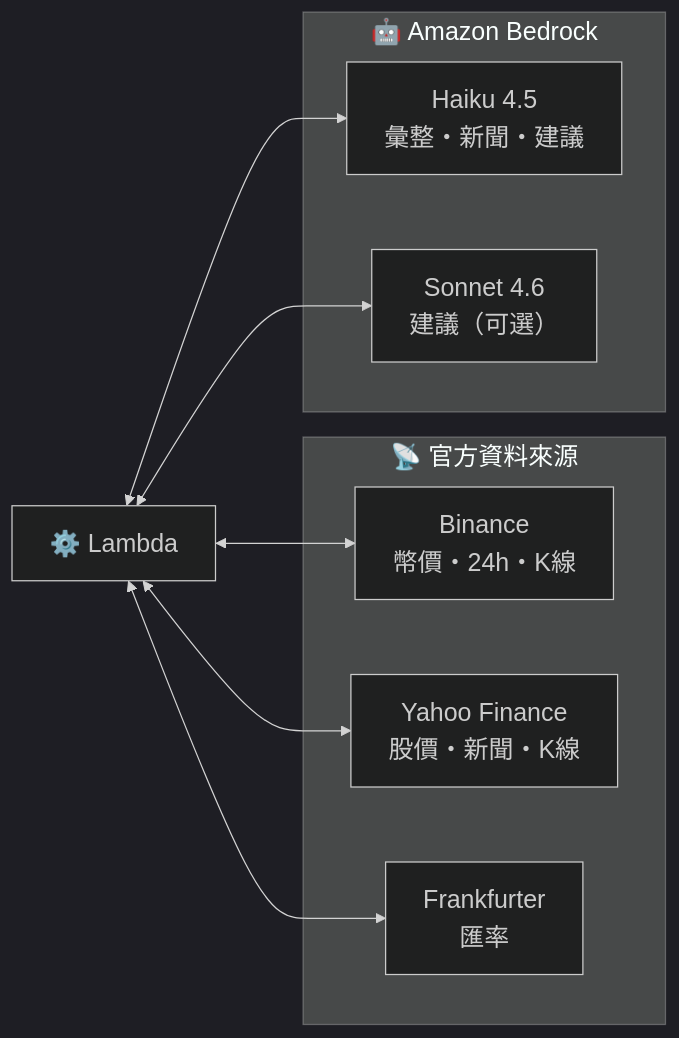
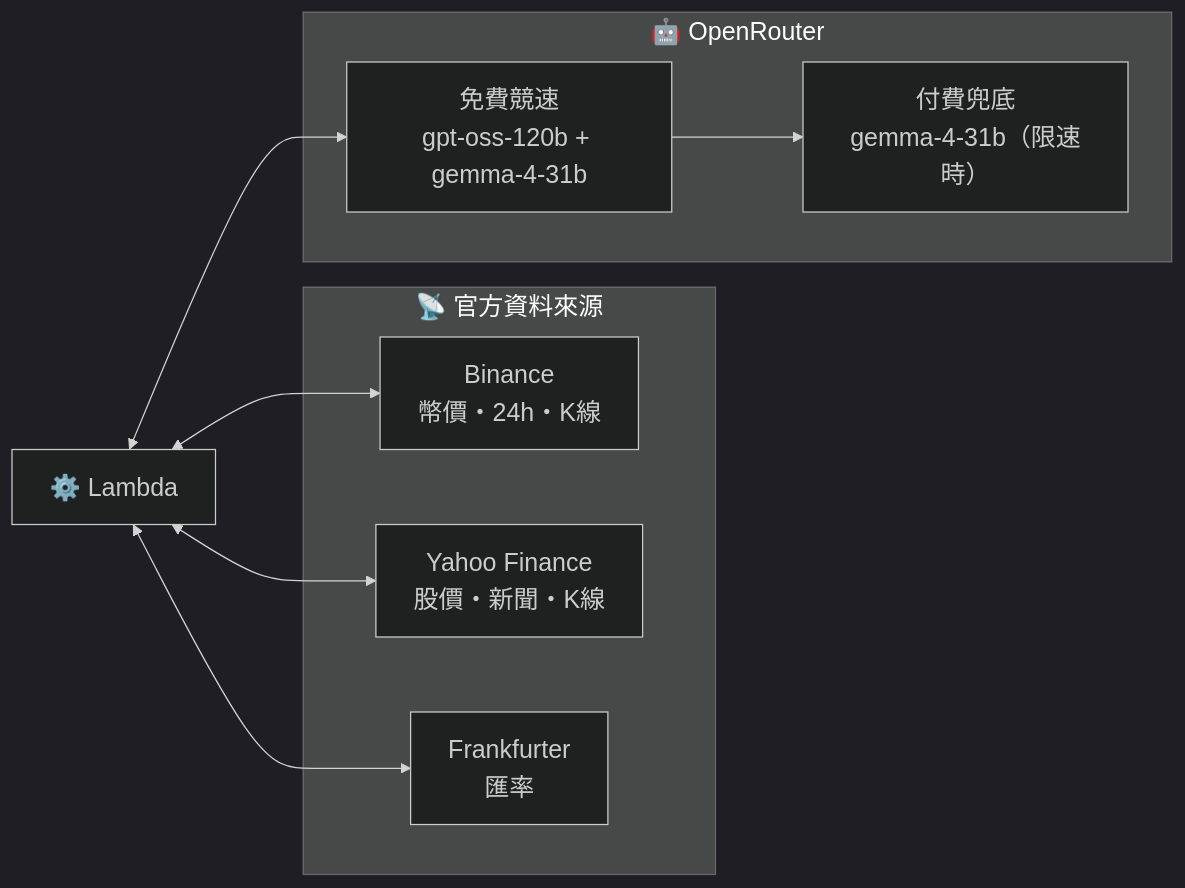
The second of 3 diagrams in README.md (burma2005/asset-report-bot), drawn with Mermaid before and after one commit. The commit also changed other lines of this file and 10 other files, not shown here.

First line of the commit message:
階段一：AWS Bedrock → OpenRouter，新增其他資產與多項輸入修正

````diff
--- a/README.md
+++ b/README.md
@@ -25,19 +26,19 @@
 ```mermaid
 %%{init: {'theme':'dark', 'themeVariables': {'fontSize':'20px'}, 'flowchart': {'nodeSpacing': 60, 'rankSpacing': 70}}}%%
 flowchart LR
     LB["⚙️ Lambda"]
 
     subgraph APIs["📡 官方資料來源"]
         BN["Binance<br/>幣價・24h・K線"]
         YF["Yahoo Finance<br/>股價・新聞・K線"]
         FK["Frankfurter<br/>匯率"]
     end
 
-    subgraph AI["🤖 Amazon Bedrock"]
-        HK["Haiku 4.5<br/>彙整・新聞・建議"]
-        SN["Sonnet 4.6<br/>建議（可選）"]
+    subgraph AI["🤖 OpenRouter"]
+        R1["免費競速<br/>gpt-oss-120b + gemma-4-31b"]
+        R2["付費兜底<br/>gemma-4-31b（限速時）"]
     end
 
     LB <--> BN & YF & FK
-    LB <--> HK & SN
+    LB <--> R1 --> R2
 ```
````
